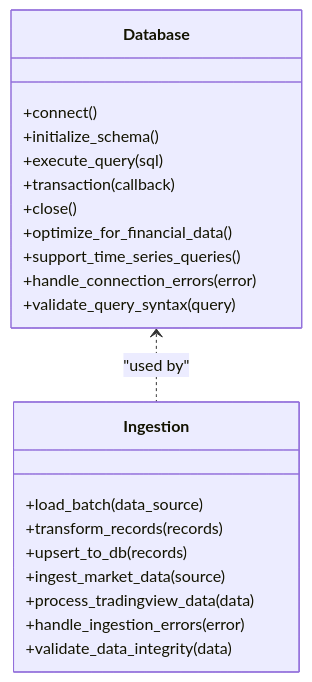
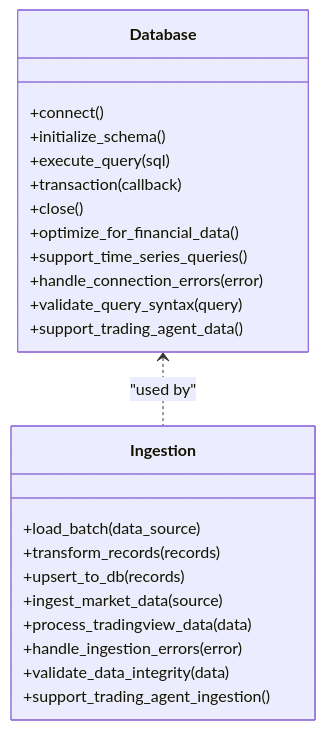
Before and after one commit to ZengSeng/telegram-bot: the eighth of 12 diagrams in .qoder/repowiki/en/content/Core Components/Analysis Framework.md, drawn with Mermaid. The commit also changed other lines of this file and 7 other files, not shown here.

````diff
--- a/.qoder/repowiki/en/content/Core Components/Analysis Framework.md
+++ b/.qoder/repowiki/en/content/Core Components/Analysis Framework.md
@@ -405,24 +387,26 @@
 ```mermaid
 classDiagram
 class Database {
 +connect()
 +initialize_schema()
 +execute_query(sql)
 +transaction(callback)
 +close()
 +optimize_for_financial_data()
 +support_time_series_queries()
 +handle_connection_errors(error)
 +validate_query_syntax(query)
++support_trading_agent_data()
 }
 class Ingestion {
 +load_batch(data_source)
 +transform_records(records)
 +upsert_to_db(records)
 +ingest_market_data(source)
 +process_tradingview_data(data)
 +handle_ingestion_errors(error)
 +validate_data_integrity(data)
++support_trading_agent_ingestion()
 }
 Database <.. Ingestion : "used by"
 ```
````
